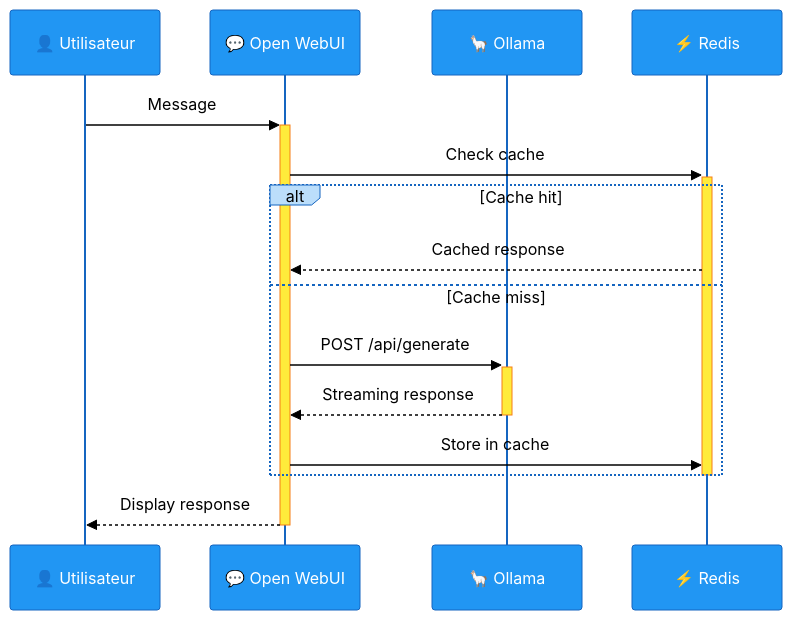
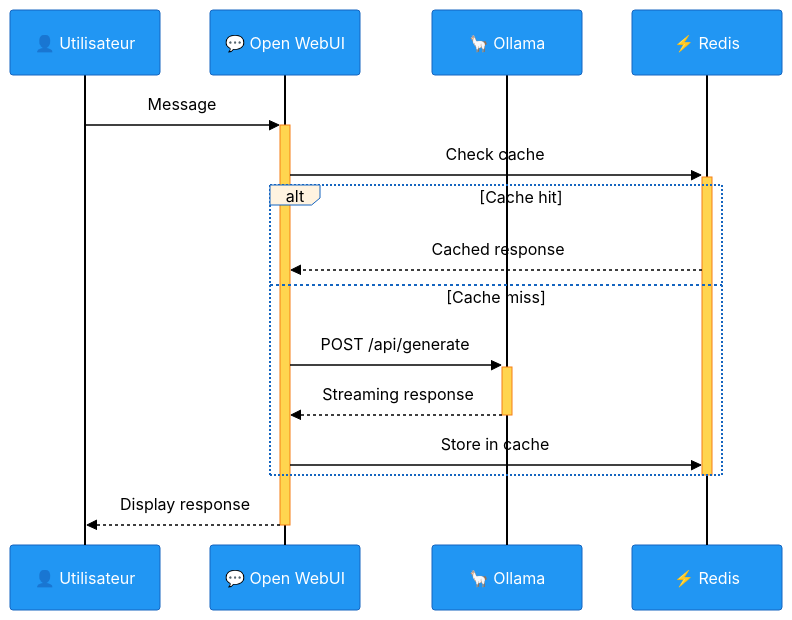
Before and after one commit to MPFabio/Stack-IA: the third of 14 diagrams in docs/ARCHITECTURE.md, drawn with Mermaid. The commit also changed other lines of this file, not shown here.

````diff
--- a/docs/ARCHITECTURE.md
+++ b/docs/ARCHITECTURE.md
@@ -183,20 +183,20 @@
 ```mermaid
-%%{init: {'theme':'base', 'themeVariables': {'background':'#e3f2fd','mainBkg':'#e3f2fd','actorBkg':'#2196F3','actorBorder':'#1565c0','actorTextColor':'#fff','actorLineColor':'#1565c0','noteBkgColor':'#bbdefb','noteTextColor':'#000','noteBorderColor':'#1565c0','signalColor':'#000','signalTextColor':'#000','labelBoxBkgColor':'#bbdefb','labelTextColor':'#000','loopTextColor':'#000','altBkgColor':'#cfe9ff','activationBkgColor':'#ffeb3b','activationBorderColor':'#f57f17','sequenceNumberColor':'#fff'}}}%%
+%%{init: {'theme':'base', 'themeVariables': {'background':'#ffffff','mainBkg':'#ffffff','actorBkg':'#2196F3','actorBorder':'#1565c0','actorTextColor':'#fff','actorLineColor':'#000','noteBkgColor':'#e3f2fd','noteTextColor':'#000','noteBorderColor':'#2196F3','signalColor':'#000','signalTextColor':'#000','labelBoxBkgColor':'#fff3e0','labelTextColor':'#000','loopTextColor':'#000','altBkgColor':'#f5f5f5','activationBkgColor':'#ffd54f','activationBorderColor':'#f57f17','sequenceNumberColor':'#000'}}}%%
 sequenceDiagram
     participant U as 👤 Utilisateur
     participant W as 💬 Open WebUI
     participant O as 🦙 Ollama
     participant R as ⚡ Redis
     
     U->>+W: Message
     W->>+R: Check cache
     alt Cache hit
         R-->>W: Cached response
     else Cache miss
         W->>+O: POST /api/generate
         O-->>-W: Streaming response
         W->>R: Store in cache
     end
     deactivate R
     W-->>-U: Display response
 ```
````
